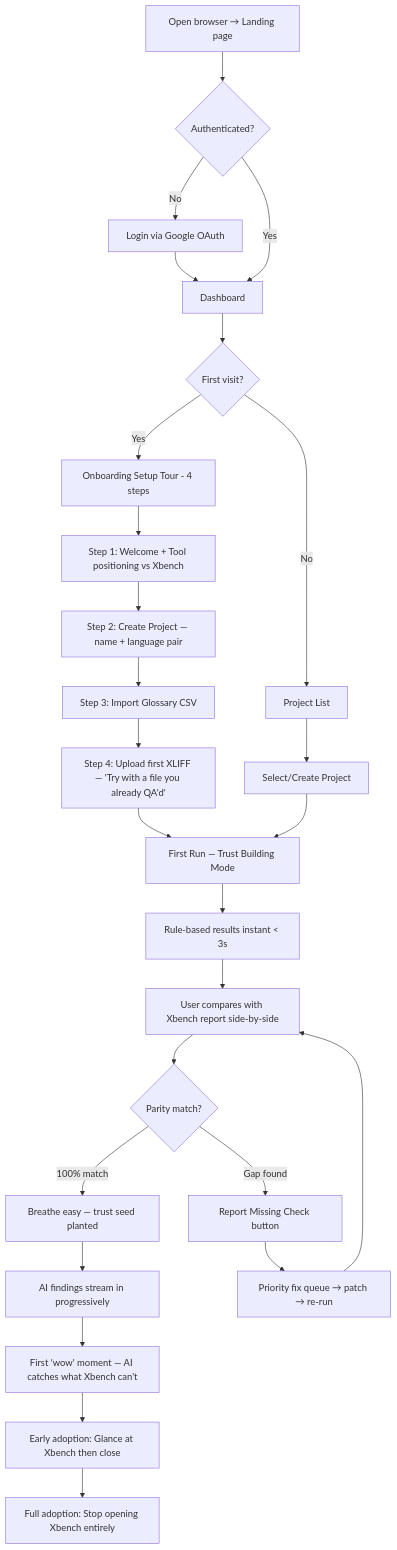
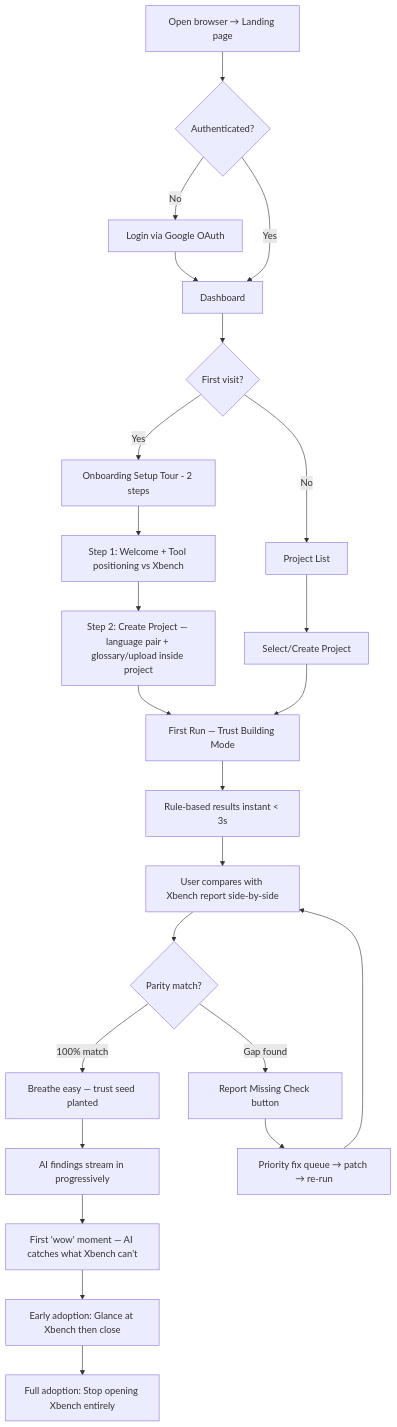
The first of 6 diagrams in _bmad-output/planning-artifacts/ux-design-specification/user-journey-flows.md (Jirawatpyk/QA-Localization-tool), drawn with Mermaid before and after one commit. The commit also changed other lines of this file and 12 other files, not shown here.

````diff
--- a/_bmad-output/planning-artifacts/ux-design-specification/user-journey-flows.md
+++ b/_bmad-output/planning-artifacts/ux-design-specification/user-journey-flows.md
@@ -9,29 +9,27 @@
 ```mermaid
 flowchart TD
     A[Open browser → Landing page] --> B{Authenticated?}
     B -->|No| C[Login via Google OAuth]
     B -->|Yes| D[Dashboard]
     C --> D
     D --> E{First visit?}
-    E -->|Yes| F[Onboarding Setup Tour - 4 steps]
+    E -->|Yes| F[Onboarding Setup Tour - 2 steps]
     E -->|No| G[Project List]
     F --> F1[Step 1: Welcome + Tool positioning vs Xbench]
-    F1 --> F2[Step 2: Create Project — name + language pair]
-    F2 --> F3[Step 3: Import Glossary CSV]
-    F3 --> F4[Step 4: Upload first XLIFF — 'Try with a file you already QA'd']
-    F4 --> H[First Run — Trust Building Mode]
+    F1 --> F2[Step 2: Create Project — language pair + glossary/upload inside project]
+    F2 --> H[First Run — Trust Building Mode]
     G --> G1[Select/Create Project]
     G1 --> H
 
     H --> I[Rule-based results instant < 3s]
     I --> J[User compares with Xbench report side-by-side]
     J --> K{Parity match?}
     K -->|100% match| L[Breathe easy — trust seed planted]
     K -->|Gap found| M[Report Missing Check button]
     M --> N[Priority fix queue → patch → re-run]
     N --> J
     L --> O[AI findings stream in progressively]
     O --> P[First 'wow' moment — AI catches what Xbench can't]
     P --> Q[Early adoption: Glance at Xbench then close]
     Q --> R[Full adoption: Stop opening Xbench entirely]
 ```
````
